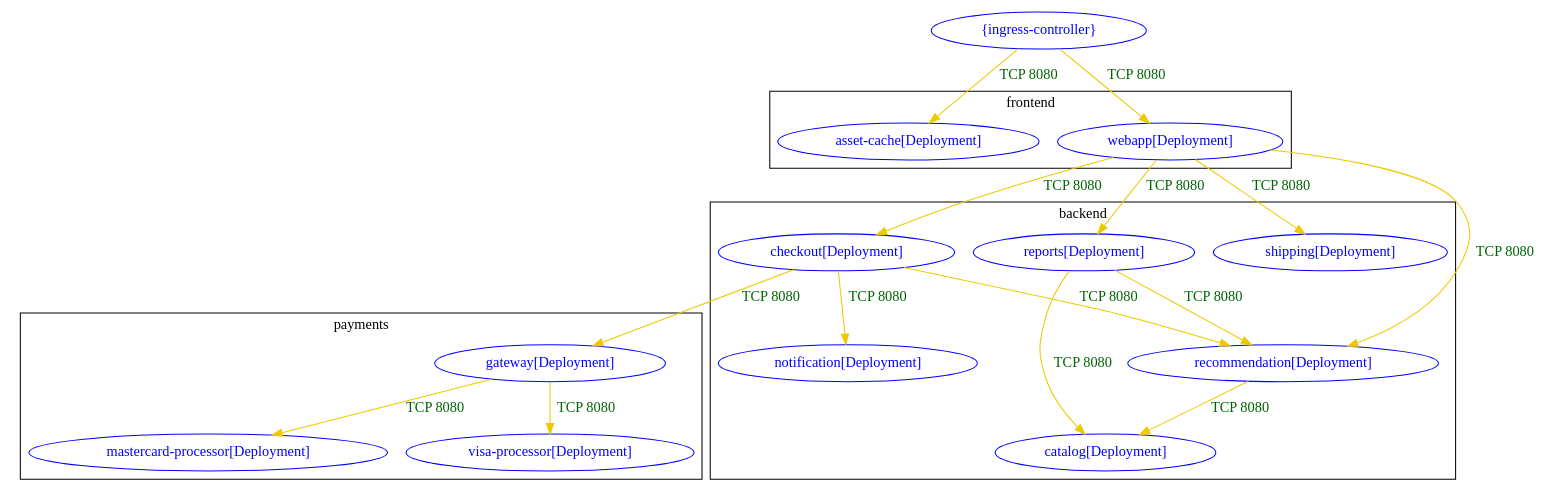
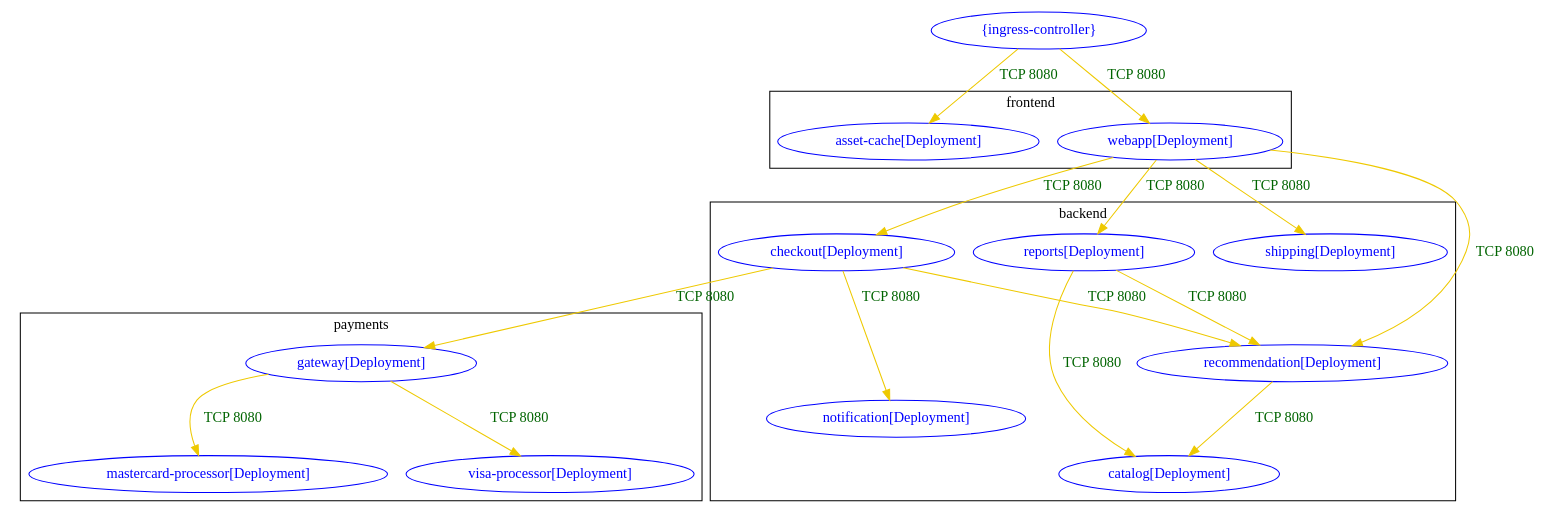
The diagram in test_outputs/connlist/acs-security-demos_connlist_output.dot (np-guard/netpol-analyzer), drawn with Graphviz before and after one commit. The commit also changed 123 other files, not shown here.

```diff
--- a/test_outputs/connlist/acs-security-demos_connlist_output.dot
+++ b/test_outputs/connlist/acs-security-demos_connlist_output.dot
@@ -1,43 +1,43 @@
 digraph {
 	subgraph "cluster_backend" {
 		color="black"
 		fontcolor="black"
 		"backend/catalog[Deployment]" [label="catalog[Deployment]" color="blue" fontcolor="blue"]
 		"backend/checkout[Deployment]" [label="checkout[Deployment]" color="blue" fontcolor="blue"]
 		"backend/notification[Deployment]" [label="notification[Deployment]" color="blue" fontcolor="blue"]
 		"backend/recommendation[Deployment]" [label="recommendation[Deployment]" color="blue" fontcolor="blue"]
 		"backend/reports[Deployment]" [label="reports[Deployment]" color="blue" fontcolor="blue"]
 		"backend/shipping[Deployment]" [label="shipping[Deployment]" color="blue" fontcolor="blue"]
 		label="backend"
 	}
 	subgraph "cluster_frontend" {
 		color="black"
 		fontcolor="black"
 		"frontend/asset-cache[Deployment]" [label="asset-cache[Deployment]" color="blue" fontcolor="blue"]
 		"frontend/webapp[Deployment]" [label="webapp[Deployment]" color="blue" fontcolor="blue"]
 		label="frontend"
 	}
 	subgraph "cluster_payments" {
 		color="black"
 		fontcolor="black"
 		"payments/gateway[Deployment]" [label="gateway[Deployment]" color="blue" fontcolor="blue"]
 		"payments/mastercard-processor[Deployment]" [label="mastercard-processor[Deployment]" color="blue" fontcolor="blue"]
 		"payments/visa-processor[Deployment]" [label="visa-processor[Deployment]" color="blue" fontcolor="blue"]
 		label="payments"
 	}
 	"{ingress-controller}" [label="{ingress-controller}" color="blue" fontcolor="blue"]
-	"backend/checkout[Deployment]" -> "backend/notification[Deployment]" [label="TCP 8080" color="gold2" fontcolor="darkgreen"]
-	"backend/checkout[Deployment]" -> "backend/recommendation[Deployment]" [label="TCP 8080" color="gold2" fontcolor="darkgreen"]
-	"backend/checkout[Deployment]" -> "payments/gateway[Deployment]" [label="TCP 8080" color="gold2" fontcolor="darkgreen"]
-	"backend/recommendation[Deployment]" -> "backend/catalog[Deployment]" [label="TCP 8080" color="gold2" fontcolor="darkgreen"]
-	"backend/reports[Deployment]" -> "backend/catalog[Deployment]" [label="TCP 8080" color="gold2" fontcolor="darkgreen"]
-	"backend/reports[Deployment]" -> "backend/recommendation[Deployment]" [label="TCP 8080" color="gold2" fontcolor="darkgreen"]
-	"frontend/webapp[Deployment]" -> "backend/checkout[Deployment]" [label="TCP 8080" color="gold2" fontcolor="darkgreen"]
-	"frontend/webapp[Deployment]" -> "backend/recommendation[Deployment]" [label="TCP 8080" color="gold2" fontcolor="darkgreen"]
-	"frontend/webapp[Deployment]" -> "backend/reports[Deployment]" [label="TCP 8080" color="gold2" fontcolor="darkgreen"]
-	"frontend/webapp[Deployment]" -> "backend/shipping[Deployment]" [label="TCP 8080" color="gold2" fontcolor="darkgreen"]
-	"payments/gateway[Deployment]" -> "payments/mastercard-processor[Deployment]" [label="TCP 8080" color="gold2" fontcolor="darkgreen"]
-	"payments/gateway[Deployment]" -> "payments/visa-processor[Deployment]" [label="TCP 8080" color="gold2" fontcolor="darkgreen"]
-	"{ingress-controller}" -> "frontend/asset-cache[Deployment]" [label="TCP 8080" color="gold2" fontcolor="darkgreen"]
-	"{ingress-controller}" -> "frontend/webapp[Deployment]" [label="TCP 8080" color="gold2" fontcolor="darkgreen"]
+	"backend/checkout[Deployment]" -> "backend/notification[Deployment]" [label="TCP 8080" color="gold2" fontcolor="darkgreen" weight=0.5]
+	"backend/checkout[Deployment]" -> "backend/recommendation[Deployment]" [label="TCP 8080" color="gold2" fontcolor="darkgreen" weight=0.5]
+	"backend/checkout[Deployment]" -> "payments/gateway[Deployment]" [label="TCP 8080" color="gold2" fontcolor="darkgreen" weight=0.5]
+	"backend/recommendation[Deployment]" -> "backend/catalog[Deployment]" [label="TCP 8080" color="gold2" fontcolor="darkgreen" weight=1]
+	"backend/reports[Deployment]" -> "backend/catalog[Deployment]" [label="TCP 8080" color="gold2" fontcolor="darkgreen" weight=1]
+	"backend/reports[Deployment]" -> "backend/recommendation[Deployment]" [label="TCP 8080" color="gold2" fontcolor="darkgreen" weight=1]
+	"frontend/webapp[Deployment]" -> "backend/checkout[Deployment]" [label="TCP 8080" color="gold2" fontcolor="darkgreen" weight=1]
+	"frontend/webapp[Deployment]" -> "backend/recommendation[Deployment]" [label="TCP 8080" color="gold2" fontcolor="darkgreen" weight=1]
+	"frontend/webapp[Deployment]" -> "backend/reports[Deployment]" [label="TCP 8080" color="gold2" fontcolor="darkgreen" weight=1]
+	"frontend/webapp[Deployment]" -> "backend/shipping[Deployment]" [label="TCP 8080" color="gold2" fontcolor="darkgreen" weight=1]
+	"payments/gateway[Deployment]" -> "payments/mastercard-processor[Deployment]" [label="TCP 8080" color="gold2" fontcolor="darkgreen" weight=0.5]
+	"payments/gateway[Deployment]" -> "payments/visa-processor[Deployment]" [label="TCP 8080" color="gold2" fontcolor="darkgreen" weight=0.5]
+	"{ingress-controller}" -> "frontend/asset-cache[Deployment]" [label="TCP 8080" color="gold2" fontcolor="darkgreen" weight=1]
+	"{ingress-controller}" -> "frontend/webapp[Deployment]" [label="TCP 8080" color="gold2" fontcolor="darkgreen" weight=1]
 }
```
